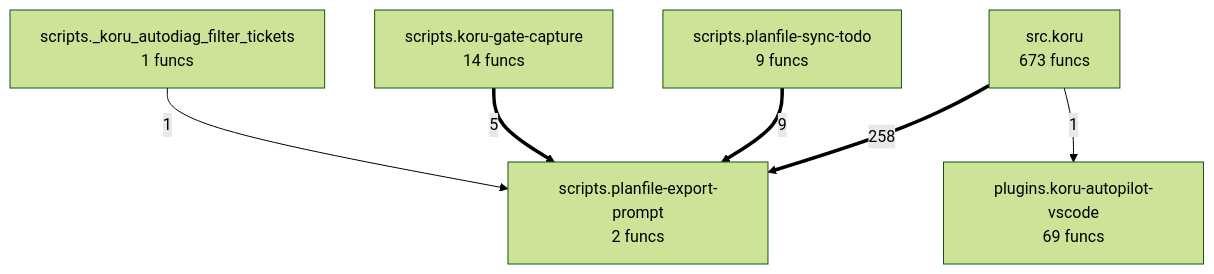
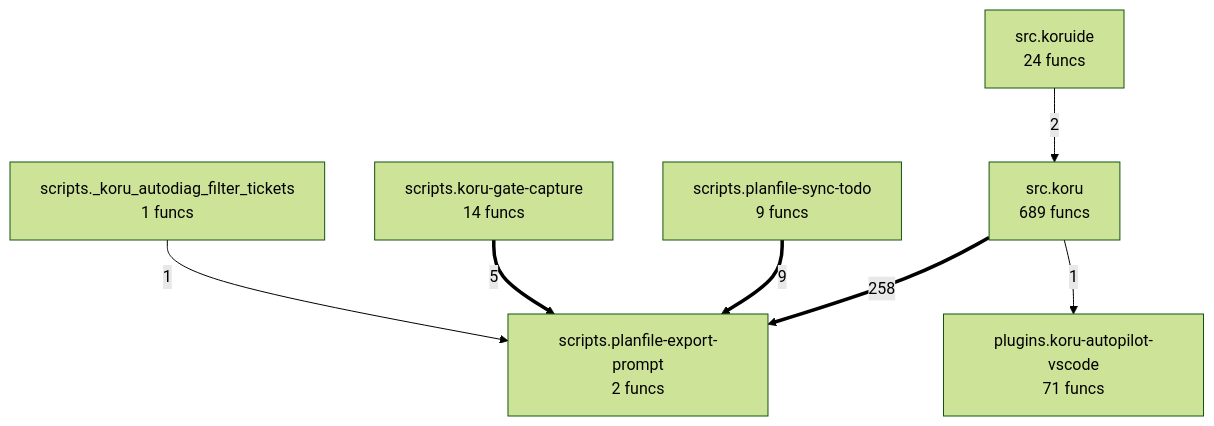
One commit to semcod/koru changed the diagram in project/compact_flow.mmd. Above: the diagram before and after it, drawn with Mermaid (forest theme). The commit also changed 48 other files, not shown here.

```diff
--- a/project/compact_flow.mmd
+++ b/project/compact_flow.mmd
@@ -1,13 +1,15 @@
 flowchart TD
 %% generated in 0.02s
-    plugins__koru_autopilot_vscode["plugins.koru-autopilot-vscode<br/>69 funcs"]
+    plugins__koru_autopilot_vscode["plugins.koru-autopilot-vscode<br/>71 funcs"]
     scripts___koru_autodiag_filter_tickets["scripts._koru_autodiag_filter_tickets<br/>1 funcs"]
     scripts__koru_gate_capture["scripts.koru-gate-capture<br/>14 funcs"]
     scripts__planfile_export_prompt["scripts.planfile-export-prompt<br/>2 funcs"]
     scripts__planfile_sync_todo["scripts.planfile-sync-todo<br/>9 funcs"]
-    src__koru["src.koru<br/>673 funcs"]
+    src__koru["src.koru<br/>689 funcs"]
+    src__koruide["src.koruide<br/>24 funcs"]
     src__koru ==>|258| scripts__planfile_export_prompt
     scripts__planfile_sync_todo ==>|9| scripts__planfile_export_prompt
     scripts__koru_gate_capture ==>|5| scripts__planfile_export_prompt
+    src__koruide -->|2| src__koru
     src__koru -->|1| plugins__koru_autopilot_vscode
     scripts___koru_autodiag_filter_tickets -->|1| scripts__planfile_export_prompt
```
